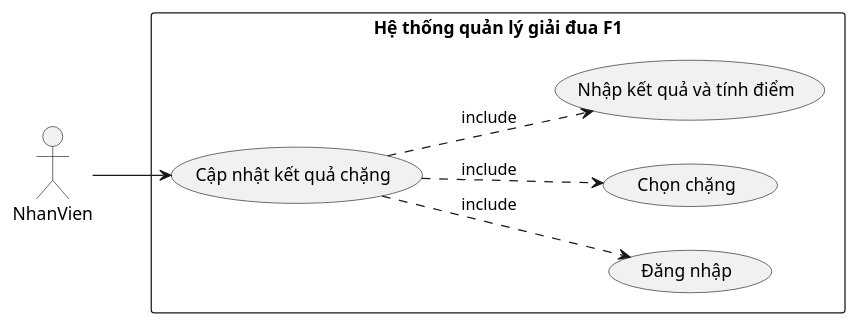
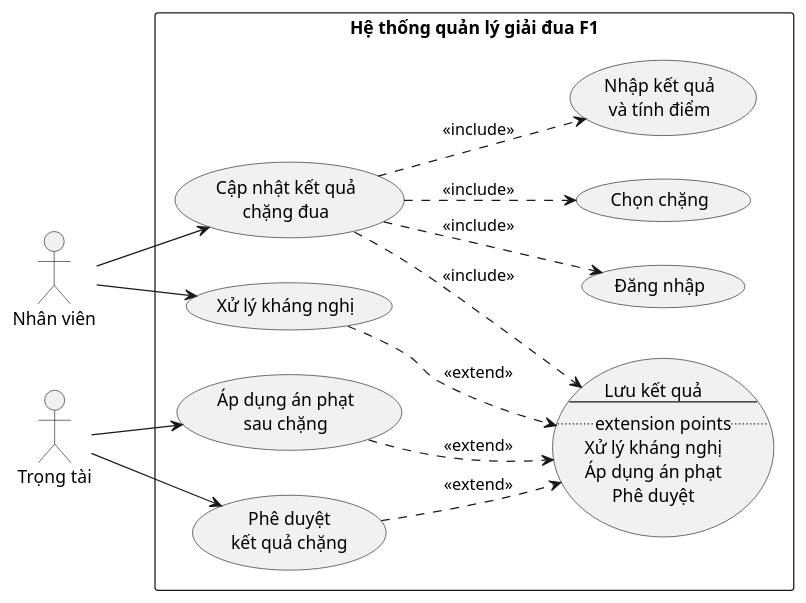
One commit to 7gho/CNPM-He2026 changed the first of 6 diagrams in Module 3 - Kiet/noi-dung.md. Above: the diagram before and after it, drawn with PlantUML. The commit also changed other lines of this file and 2 other files, not shown here.

Commit message:
Fix class diagram and add use case diagram

````diff
--- a/Module 3 - Kiet/noi-dung.md
+++ b/Module 3 - Kiet/noi-dung.md
@@ -29,18 +30,45 @@
 ```plantuml
 @startuml
 left to right direction
-actor NhanVien
+skinparam packageStyle rectangle
+
+actor "Nhân viên" as NV
+actor "Trọng tài" as TT
 
 rectangle "Hệ thống quản lý giải đua F1" {
-  usecase "Cập nhật kết quả chặng" as UC
-  usecase "Đăng nhập" as DN
-  usecase "Chọn chặng" as CC
-  usecase "Nhập kết quả và tính điểm" as NK
+  usecase "Đăng nhập" as UC_DangNhap
+  usecase "Cập nhật kết quả\nchặng đua" as UC1
+  usecase "Chọn chặng" as UC2
+  usecase "Nhập kết quả\nvà tính điểm" as UC3
+  usecase UC4 as "Lưu kết quả
+  --
+  ..extension points..
+  Xử lý kháng nghị
+  Áp dụng án phạt
+  Phê duyệt"
+
+  usecase "Xử lý kháng nghị" as UC5
+  usecase "Áp dụng án phạt\nsau chặng" as UC6
+  usecase "Phê duyệt\nkết quả chặng" as UC7
 }
 
-NhanVien --> UC
-UC ..> DN : include
-UC ..> CC : include
-UC ..> NK : include
+' Actor chính
+NV --> UC1
+
+' Include từ UC chính
+UC1 ..> UC2 : <<include>>
+UC1 ..> UC3 : <<include>>
+UC1 ..> UC4 : <<include>>
+UC1 ..> UC_DangNhap : <<include>>
+
+' Các ngoại lệ extend từ Lưu
+UC5 ..> UC4 : <<extend>>
+UC6 ..> UC4 : <<extend>>
+UC7 ..> UC4 : <<extend>>
+
+' Actor tham gia ngoại lệ
+NV --> UC5
+TT --> UC6
+TT --> UC7
 @enduml
 ```
````
